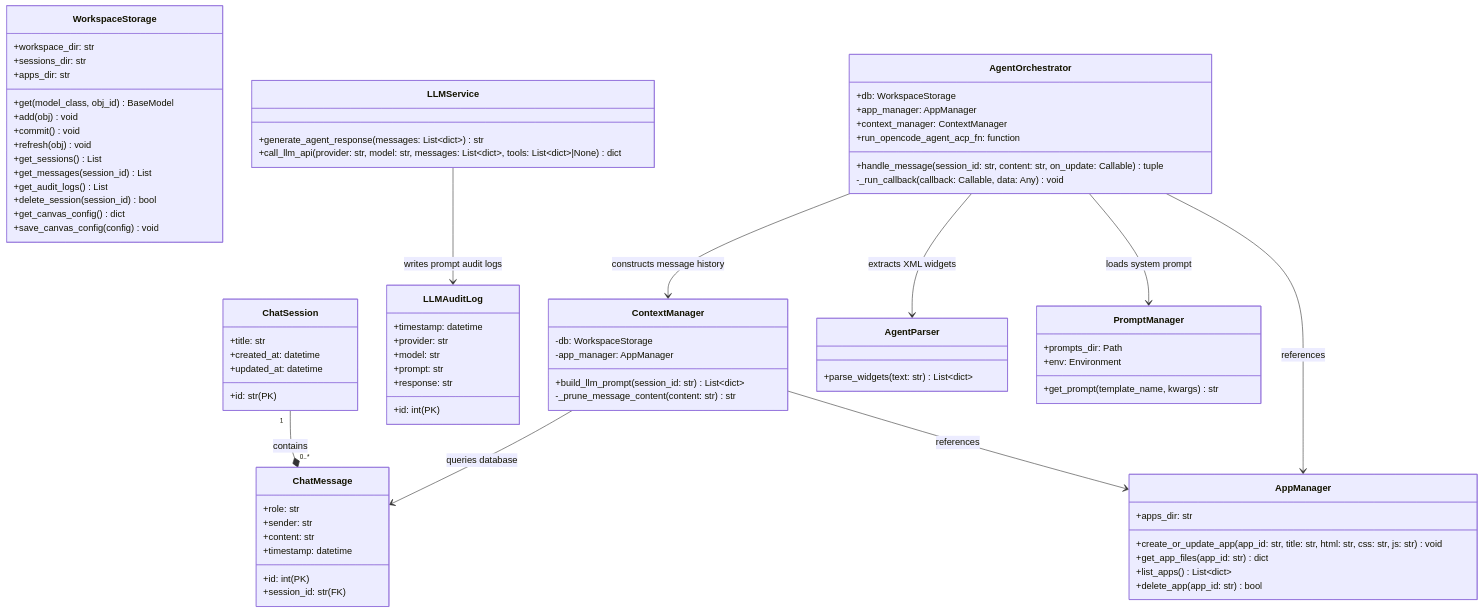
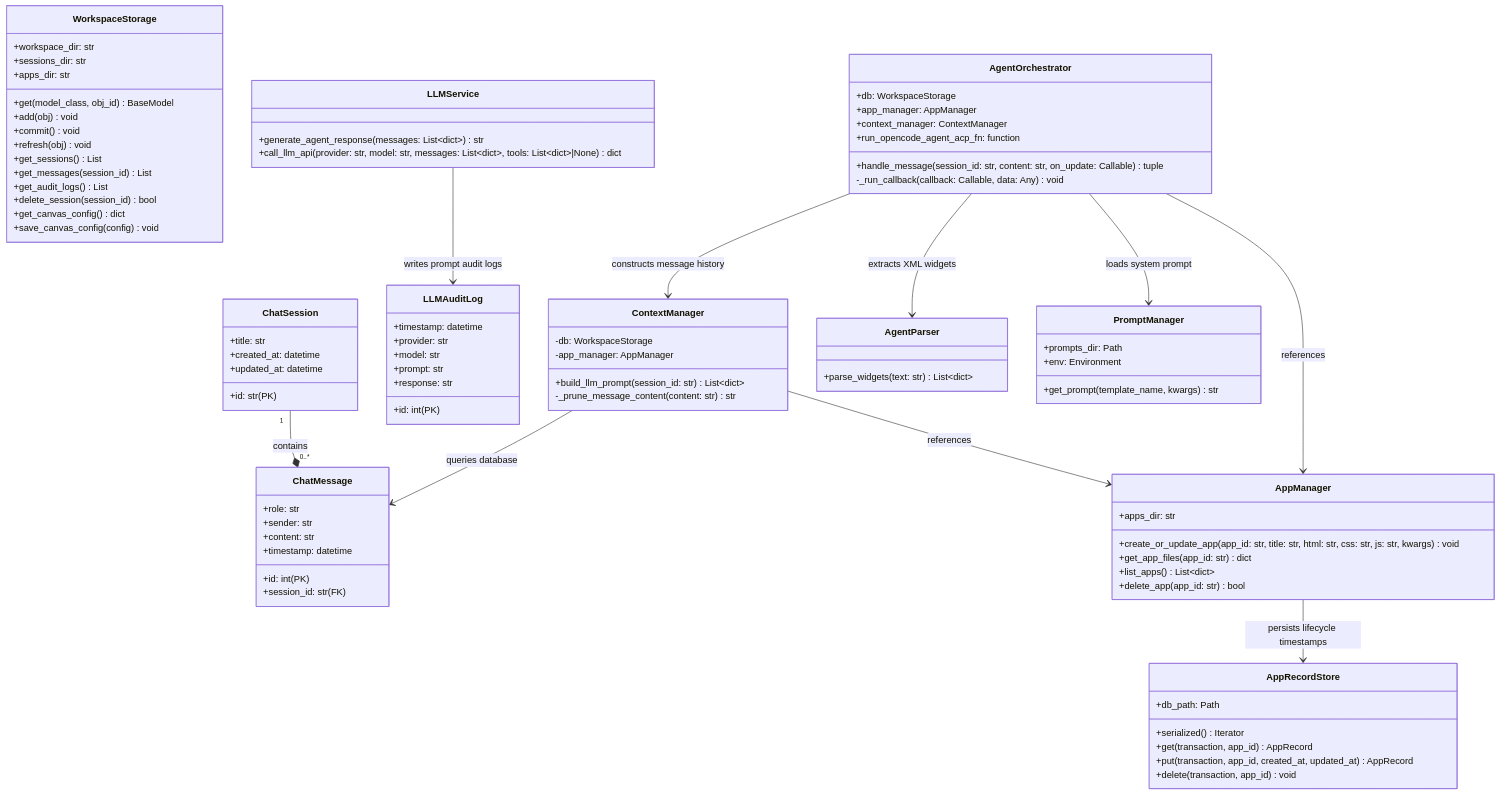
The diagram in backend/UML.md (BillShiyaoZhang/ambient-agent), drawn with Mermaid before and after one commit. The commit also changed 10 other files, not shown here.

```diff
--- a/backend/UML.md
+++ b/backend/UML.md
@@ -33,10 +33,18 @@
 
     class AppManager {
         +apps_dir: str
-        +create_or_update_app(app_id: str, title: str, html: str, css: str, js: str) void
+        +create_or_update_app(app_id: str, title: str, html: str, css: str, js: str, kwargs) void
         +get_app_files(app_id: str) dict
         +list_apps() List~dict~
         +delete_app(app_id: str) bool
+    }
+
+    class AppRecordStore {
+        +db_path: Path
+        +serialized() Iterator
+        +get(transaction, app_id) AppRecord
+        +put(transaction, app_id, created_at, updated_at) AppRecord
+        +delete(transaction, app_id) void
     }
 
     class WorkspaceStorage {
@@ -88,6 +96,7 @@
 
     ChatSession "1" --* "0..*" ChatMessage : contains
     ContextManager --> AppManager : references
+    AppManager --> AppRecordStore : persists lifecycle timestamps
     ContextManager --> ChatMessage : queries database
     AgentOrchestrator --> ContextManager : constructs message history
     AgentOrchestrator --> AppManager : references
```
